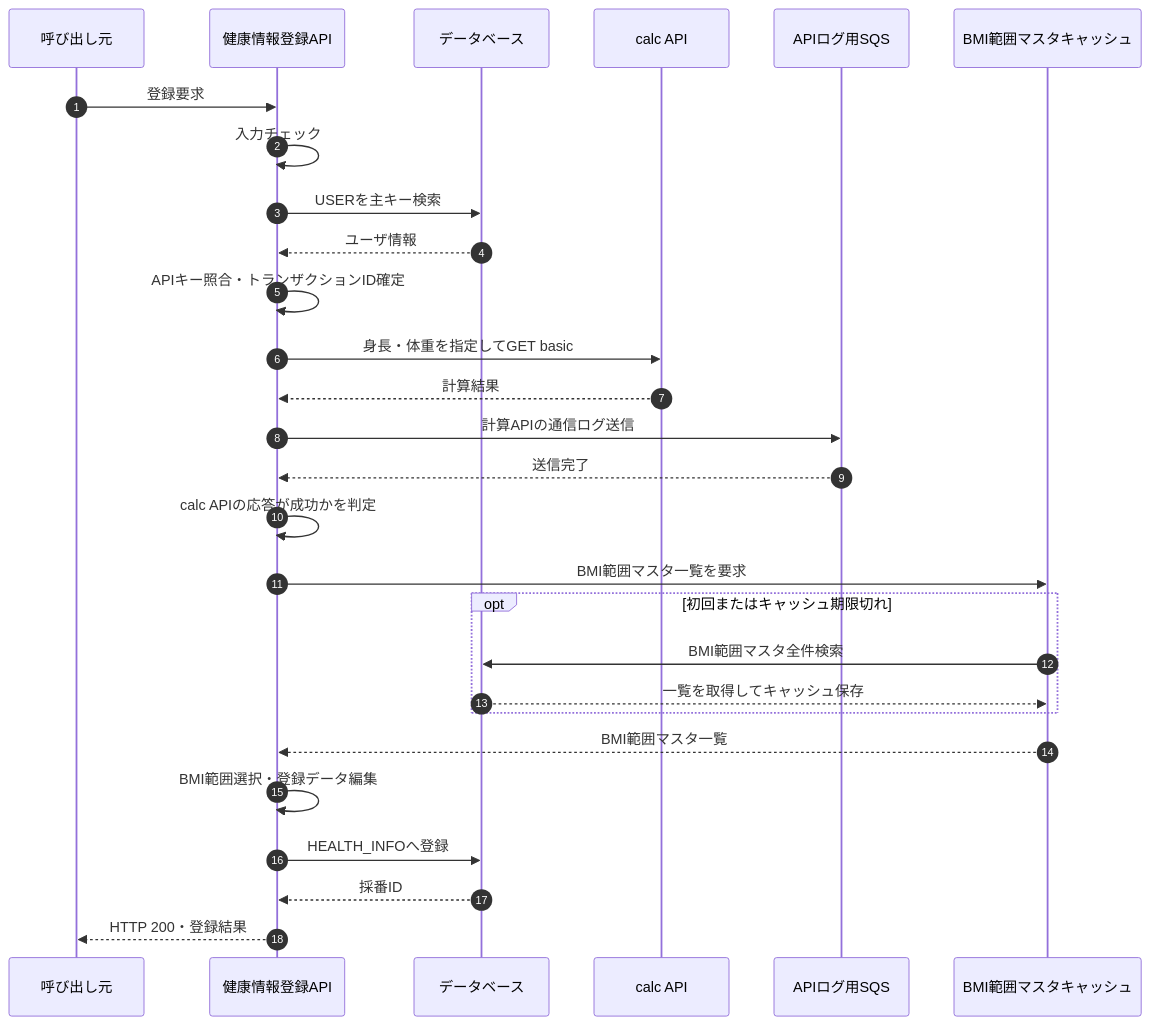
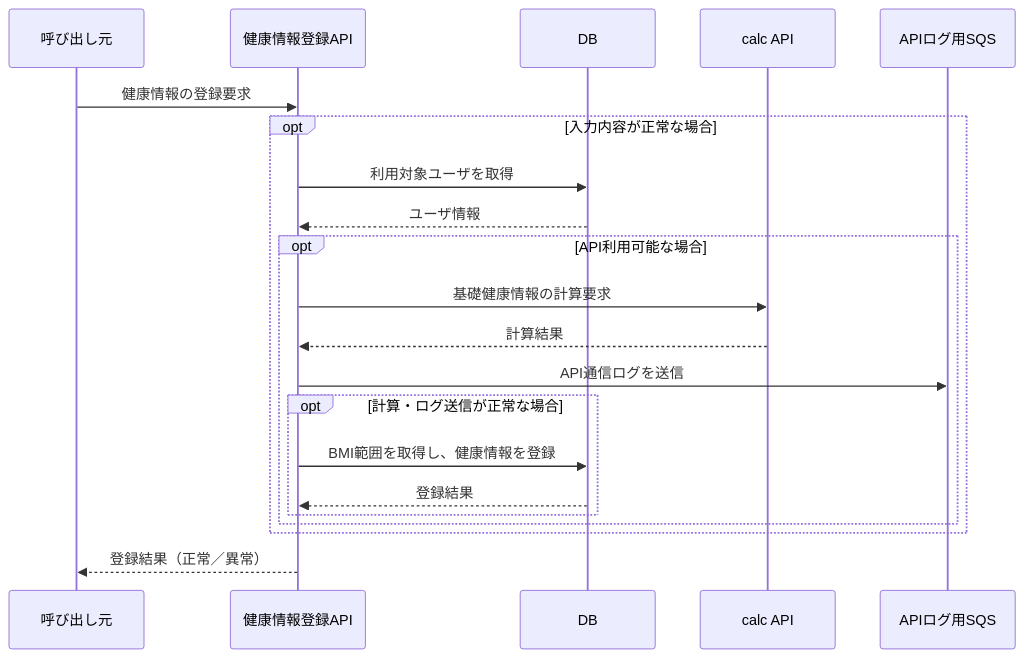
One commit to kohei-okazaki/work-3g changed the first of 4 diagrams in ha-docs/design/02_api/設計書_2.1.健康情報登録API.md. Above: the diagram before and after it, drawn with Mermaid. The commit also changed other lines of this file and 67 other files, not shown here.

````diff
--- a/ha-docs/design/02_api/設計書_2.1.健康情報登録API.md
+++ b/ha-docs/design/02_api/設計書_2.1.健康情報登録API.md
@@ -115,30 +11,23 @@
 ```mermaid
 sequenceDiagram
-    autonumber
     participant C as 呼び出し元
     participant A as 健康情報登録API
-    participant D as データベース
+    participant D as DB
     participant E as calc API
     participant Q as APIログ用SQS
-    participant M as BMI範囲マスタキャッシュ
-    C->>A: 登録要求
-    A->>A: 入力チェック
-    A->>D: USERを主キー検索
-    D-->>A: ユーザ情報
-    A->>A: APIキー照合・トランザクションID確定
-    A->>E: 身長・体重を指定してGET basic
-    E-->>A: 計算結果
-    A->>Q: 計算APIの通信ログ送信
-    Q-->>A: 送信完了
-    A->>A: calc APIの応答が成功かを判定
-    A->>M: BMI範囲マスタ一覧を要求
-    opt 初回またはキャッシュ期限切れ
-    M->>D: BMI範囲マスタ全件検索
-    D-->>M: 一覧を取得してキャッシュ保存
+    C->>A: 健康情報の登録要求
+    opt 入力内容が正常な場合
+        A->>D: 利用対象ユーザを取得
+        D-->>A: ユーザ情報
+        opt API利用可能な場合
+            A->>E: 基礎健康情報の計算要求
+            E-->>A: 計算結果
+            A->>Q: API通信ログを送信
+            opt 計算・ログ送信が正常な場合
+                A->>D: BMI範囲を取得し、健康情報を登録
+                D-->>A: 登録結果
+            end
+        end
     end
-    M-->>A: BMI範囲マスタ一覧
-    A->>A: BMI範囲選択・登録データ編集
-    A->>D: HEALTH_INFOへ登録
-    D-->>A: 採番ID
-    A-->>C: HTTP 200・登録結果
+    A-->>C: 登録結果（正常／異常）
 ```
````
